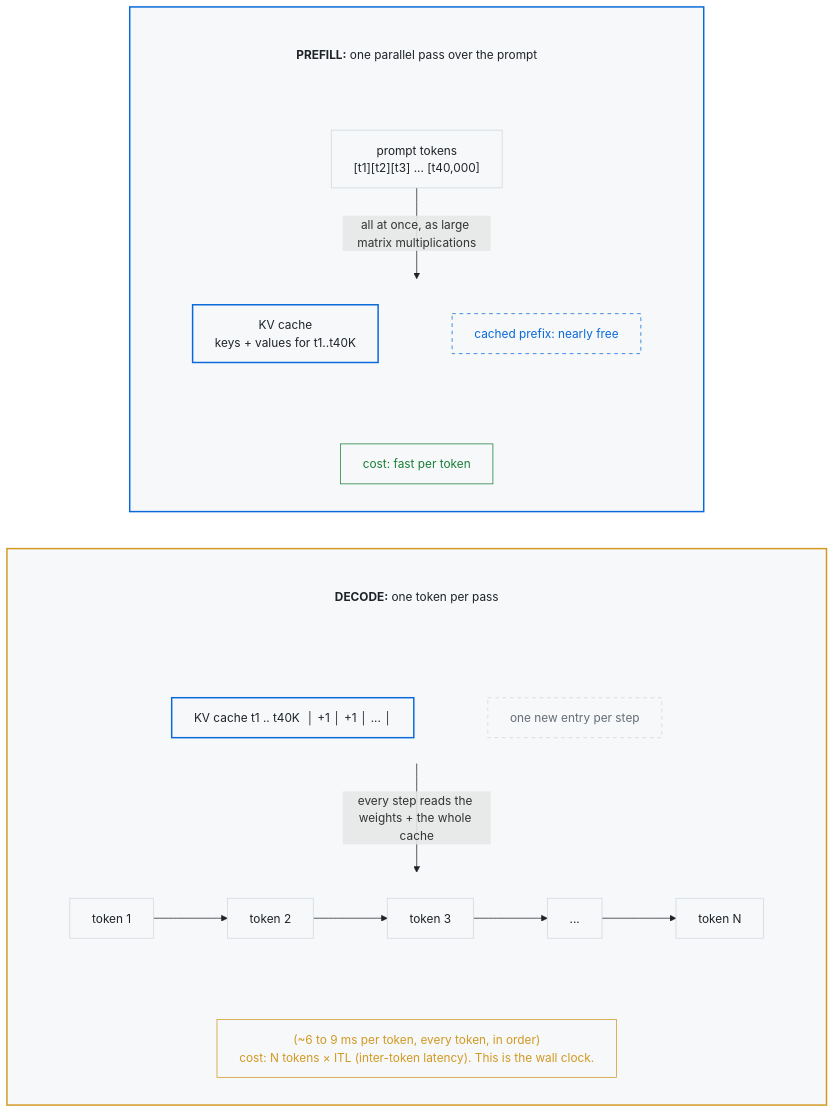
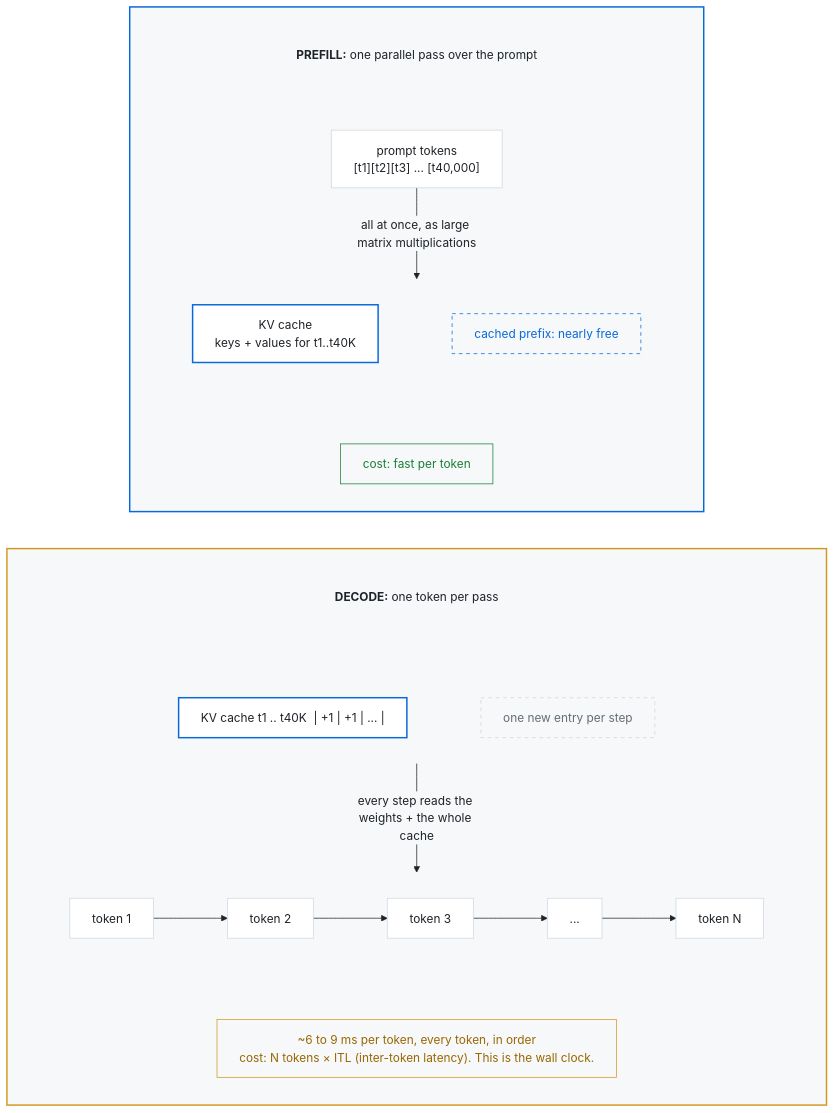
Before and after one commit to Sanctum-Origo-Systems/andywidjaja.com: the diagram in src/assets/kv-cache-light.mmd, drawn with Mermaid. The commit also changed 16 other files, not shown here.

```diff
--- a/src/assets/kv-cache-light.mmd
+++ b/src/assets/kv-cache-light.mmd
@@ -1,58 +1,58 @@
-%%{init: {"themeVariables": {"lineColor": "#1f2328"}, "flowchart": {"wrappingWidth": 520}}}%%
+%%{init: {"theme": "base", "themeVariables": {"lineColor": "#1f2328", "edgeLabelBackground": "#f6f8fa", "primaryTextColor": "#1f2328"}, "flowchart": {"wrappingWidth": 520}}}%%
 flowchart TB
     subgraph prefill[" "]
         direction TB
         PH["<b>PREFILL:</b> one parallel pass over the prompt"]
         PH ~~~ P
         P["prompt tokens<br/>[t1][t2][t3] ... [t40,000]"]
         subgraph kvRow[" "]
             direction LR
             KV1["KV cache<br/>keys + values for t1..t40K"]
             CP["cached prefix: nearly free"]
         end
         P -->|"all at once, as large matrix multiplications"| kvRow
         KV1 ~~~ CP
         PC["cost: fast per token"]
         kvRow ~~~ PC
     end
 
     subgraph decode[" "]
         direction TB
         DH["<b>DECODE:</b> one token per pass"]
         DH ~~~ cacheRow
         subgraph cacheRow[" "]
             direction LR
-            KVC["KV cache t1 .. t40K &nbsp;│ +1 │ +1 │ ... │"]
+            KVC["KV cache t1 .. t40K &nbsp;| +1 | +1 | ... |"]
             NE["one new entry per step"]
         end
         KVC ~~~ NE
         subgraph chainRow[" "]
             direction LR
             T1["token 1"] --> T2["token 2"] --> T3["token 3"] --> T4["..."] --> TN["token N"]
         end
         cacheRow -->|"every step reads the weights + the whole cache"| chainRow
-        DC["(~6 to 9 ms per token, every token, in order)<br/>cost: N tokens × ITL (inter-token latency). This is the wall clock."]
+        DC["~6 to 9 ms per token, every token, in order<br/>cost: N tokens × ITL (inter-token latency). This is the wall clock."]
         chainRow ~~~ DC
     end
 
     prefill ~~~ decode
 
     style prefill fill:#f6f8fa,stroke:#0969da,color:#1f2328,stroke-width:2px
     style decode fill:#f6f8fa,stroke:#d29922,color:#1f2328,stroke-width:2px
     style PH fill:none,stroke:none,color:#1f2328
     style DH fill:none,stroke:none,color:#1f2328
     style kvRow fill:none,stroke:none
     style cacheRow fill:none,stroke:none
     style chainRow fill:none,stroke:none
-    style P fill:#f6f8fa,stroke:#d0d7de,color:#1f2328
-    style KV1 fill:#f6f8fa,stroke:#0969da,color:#1f2328,stroke-width:2px
+    style P fill:#ffffff,stroke:#d0d7de,color:#1f2328
+    style KV1 fill:#ffffff,stroke:#0969da,color:#1f2328,stroke-width:2px
     style CP fill:#f6f8fa,stroke:#0969da,color:#0969da,stroke-dasharray:5 5
     style PC fill:#f6f8fa,stroke:#1a7f37,color:#1a7f37
-    style KVC fill:#f6f8fa,stroke:#0969da,color:#1f2328,stroke-width:2px
+    style KVC fill:#ffffff,stroke:#0969da,color:#1f2328,stroke-width:2px
     style NE fill:#f6f8fa,stroke:#d0d7de,color:#656d76,stroke-dasharray:5 5
-    style T1 fill:#f6f8fa,stroke:#d0d7de,color:#1f2328
-    style T2 fill:#f6f8fa,stroke:#d0d7de,color:#1f2328
-    style T3 fill:#f6f8fa,stroke:#d0d7de,color:#1f2328
-    style T4 fill:#f6f8fa,stroke:#d0d7de,color:#1f2328
-    style TN fill:#f6f8fa,stroke:#d0d7de,color:#1f2328
-    style DC fill:#f6f8fa,stroke:#d29922,color:#d29922
+    style T1 fill:#ffffff,stroke:#d0d7de,color:#1f2328
+    style T2 fill:#ffffff,stroke:#d0d7de,color:#1f2328
+    style T3 fill:#ffffff,stroke:#d0d7de,color:#1f2328
+    style T4 fill:#ffffff,stroke:#d0d7de,color:#1f2328
+    style TN fill:#ffffff,stroke:#d0d7de,color:#1f2328
+    style DC fill:#f6f8fa,stroke:#d29922,color:#9a6700
```
